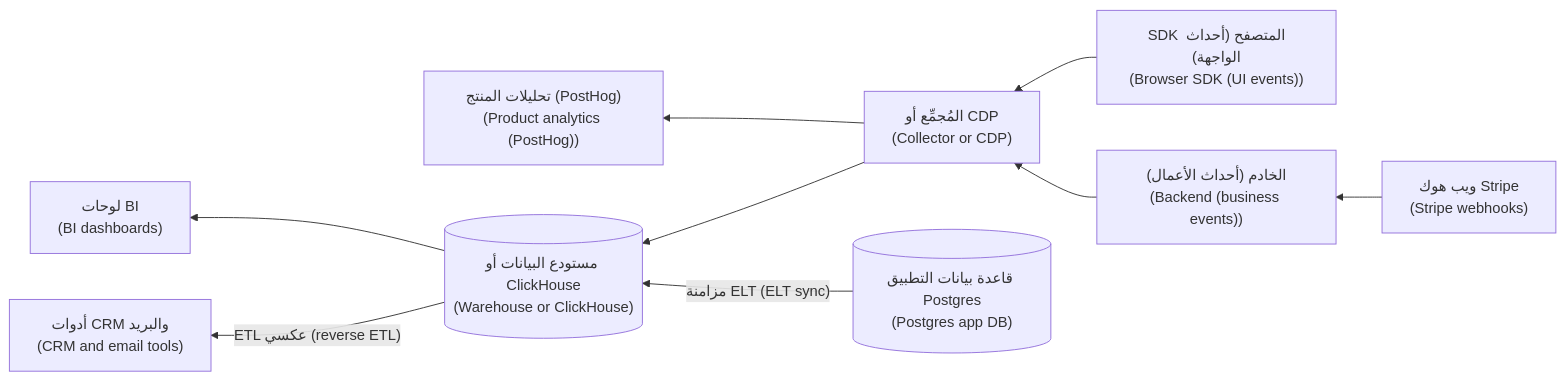
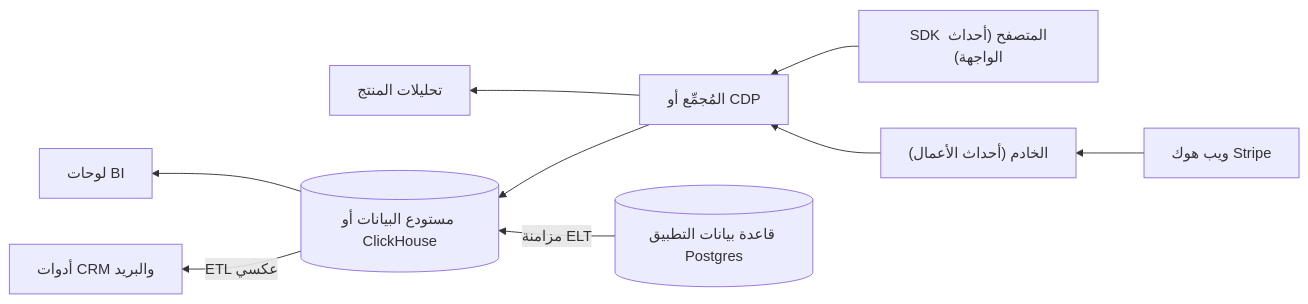
Before and after one commit to Tamoura/system-design-for-vibe-coders: the second of 3 diagrams in saas/modules/06-product-growth.ar.md, drawn with Mermaid. The commit also changed other lines of this file and 551 other files, not shown here.

````diff
--- a/saas/modules/06-product-growth.ar.md
+++ b/saas/modules/06-product-growth.ar.md
@@ -369,11 +369,11 @@
 ```mermaid
 flowchart RL
-  B["SDK المتصفح (أحداث الواجهة)<br/>(Browser SDK (UI events))"] --> C["المُجمِّع أو CDP<br/>(Collector or CDP)"]
-  S["الخادم (أحداث الأعمال)<br/>(Backend (business events))"] --> C
-  W["ويب هوك Stripe<br/>(Stripe webhooks)"] --> S
-  C --> P["تحليلات المنتج (PostHog)<br/>(Product analytics (PostHog))"]
-  C --> WH[("مستودع البيانات أو ClickHouse<br/>(Warehouse or ClickHouse)")]
-  DB[("قاعدة بيانات التطبيق Postgres<br/>(Postgres app DB)")] -->|"مزامنة ELT (ELT sync)"| WH
-  WH --> BI["لوحات BI<br/>(BI dashboards)"]
-  WH -->|"ETL عكسي (reverse ETL)"| CRM["أدوات CRM والبريد<br/>(CRM and email tools)"]
+  B["SDK المتصفح (أحداث الواجهة)"] --> C["المُجمِّع أو CDP"]
+  S["الخادم (أحداث الأعمال)"] --> C
+  W["ويب هوك Stripe"] --> S
+  C --> P["تحليلات المنتج"]
+  C --> WH[("مستودع البيانات أو ClickHouse")]
+  DB[("قاعدة بيانات التطبيق Postgres")] -->|"مزامنة ELT"| WH
+  WH --> BI["لوحات BI"]
+  WH -->|"ETL عكسي"| CRM["أدوات CRM والبريد"]
 ```
````
